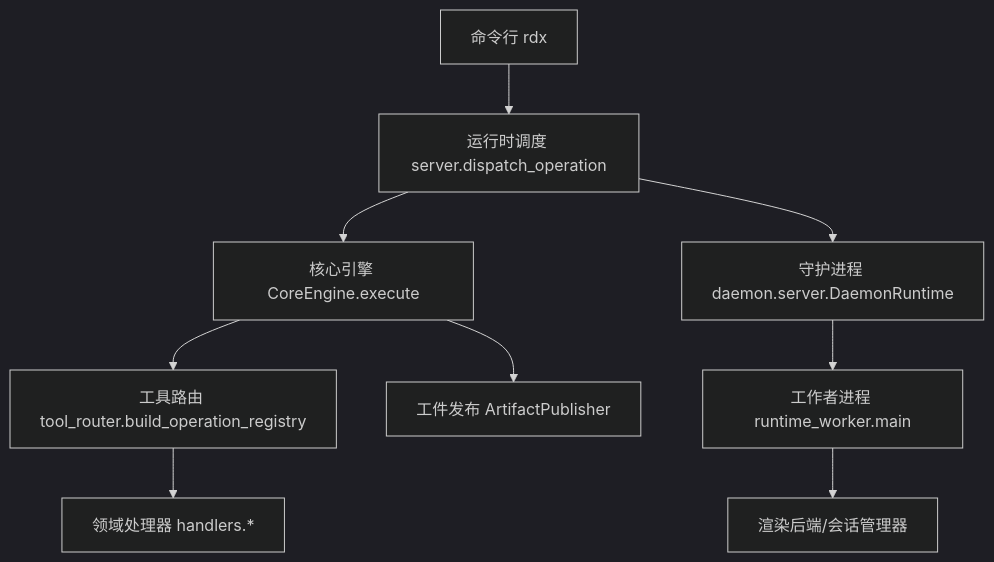
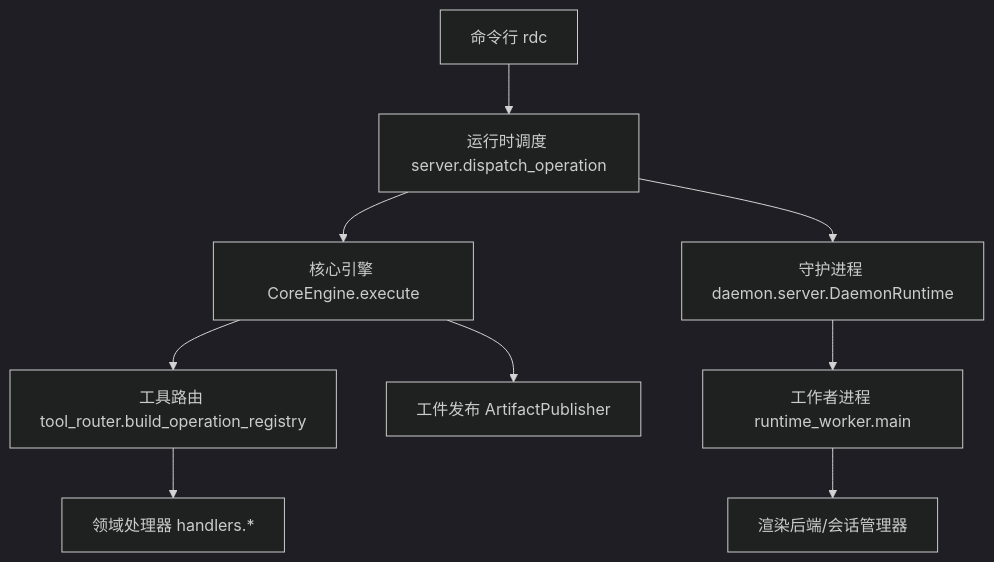
One commit to haolange/RDC-Tool changed the first of 8 diagrams in .qoder/repowiki/zh/content/高级主题/高级主题.md. Above: the diagram before and after it, drawn with Mermaid (dark theme). The commit also changed other lines of this file and 388 other files, not shown here.

````diff
--- a/.qoder/repowiki/zh/content/高级主题/高级主题.md
+++ b/.qoder/repowiki/zh/content/高级主题/高级主题.md
@@ -58,11 +58,11 @@
 ```mermaid
 graph TB
-CLI["命令行 rdx"] --> Server["运行时调度 server.dispatch_operation"]
+CLI["命令行 rdc"] --> Server["运行时调度 server.dispatch_operation"]
 Server --> Engine["核心引擎 CoreEngine.execute"]
 Engine --> Router["工具路由 tool_router.build_operation_registry"]
 Router --> Handlers["领域处理器 handlers.*"]
 Server --> Daemon["守护进程 daemon.server.DaemonRuntime"]
 Daemon --> Worker["工作者进程 runtime_worker.main"]
 Worker --> Runtime["渲染后端/会话管理器"]
 Engine --> Artifacts["工件发布 ArtifactPublisher"]
 ```
````
